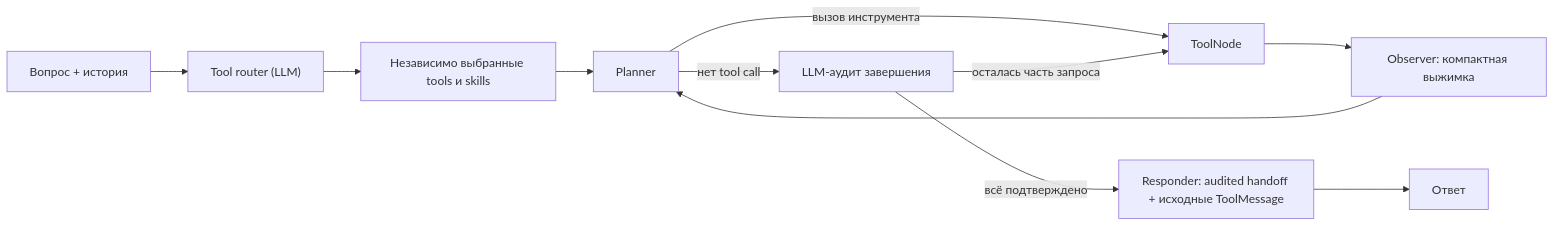
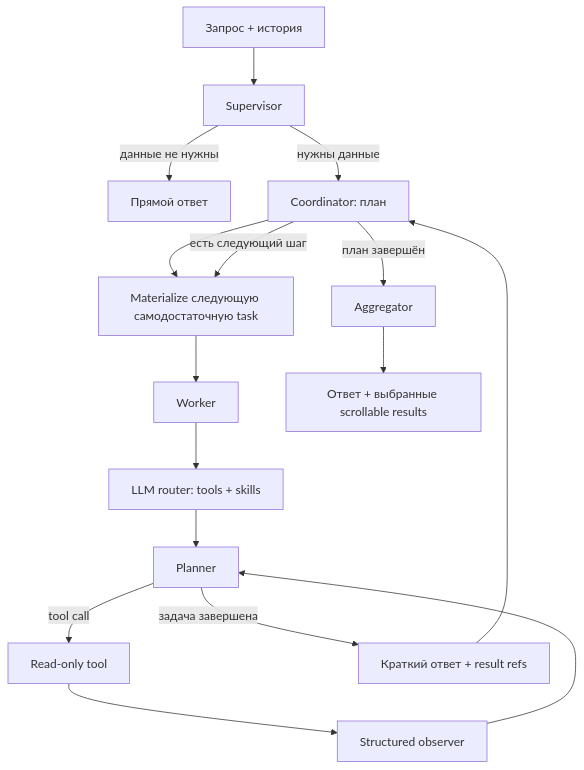
Before and after one commit to Sasyami/ETL-S2T-Parser: the second of 2 diagrams in README.md, drawn with Mermaid. The commit also changed other lines of this file, not shown here.

Commit message:
Rewrite README for current architecture

````diff
--- a/README.md
+++ b/README.md
@@ -116,13 +58,18 @@
 ```mermaid
-flowchart LR
-    Q["Вопрос + история"] --> C["Tool router (LLM)"]
-    C --> S["Независимо выбранные tools и skills"]
-    S --> P["Planner"]
-    P -->|вызов инструмента| T["ToolNode"]
-    T --> O["Observer: компактная выжимка"]
+flowchart TD
+    Q["Запрос + история"] --> S["Supervisor"]
+    S -->|данные не нужны| A["Прямой ответ"]
+    S -->|нужны данные| C["Coordinator: план"]
+    C --> M["Materialize следующую самодостаточную task"]
+    M --> W["Worker"]
+    W --> R["LLM router: tools + skills"]
+    R --> P["Planner"]
+    P -->|tool call| T["Read-only tool"]
+    T --> O["Structured observer"]
     O --> P
-    P -->|нет tool call| U["LLM-аудит завершения"]
-    U -->|осталась часть запроса| T
-    U -->|всё подтверждено| R["Responder: audited handoff + исходные ToolMessage"]
-    R --> A["Ответ"]
+    P -->|задача завершена| F["Краткий ответ + result refs"]
+    F --> C
+    C -->|есть следующий шаг| M
+    C -->|план завершён| G["Aggregator"]
+    G --> UI["Ответ + выбранные scrollable results"]
 ```
````
